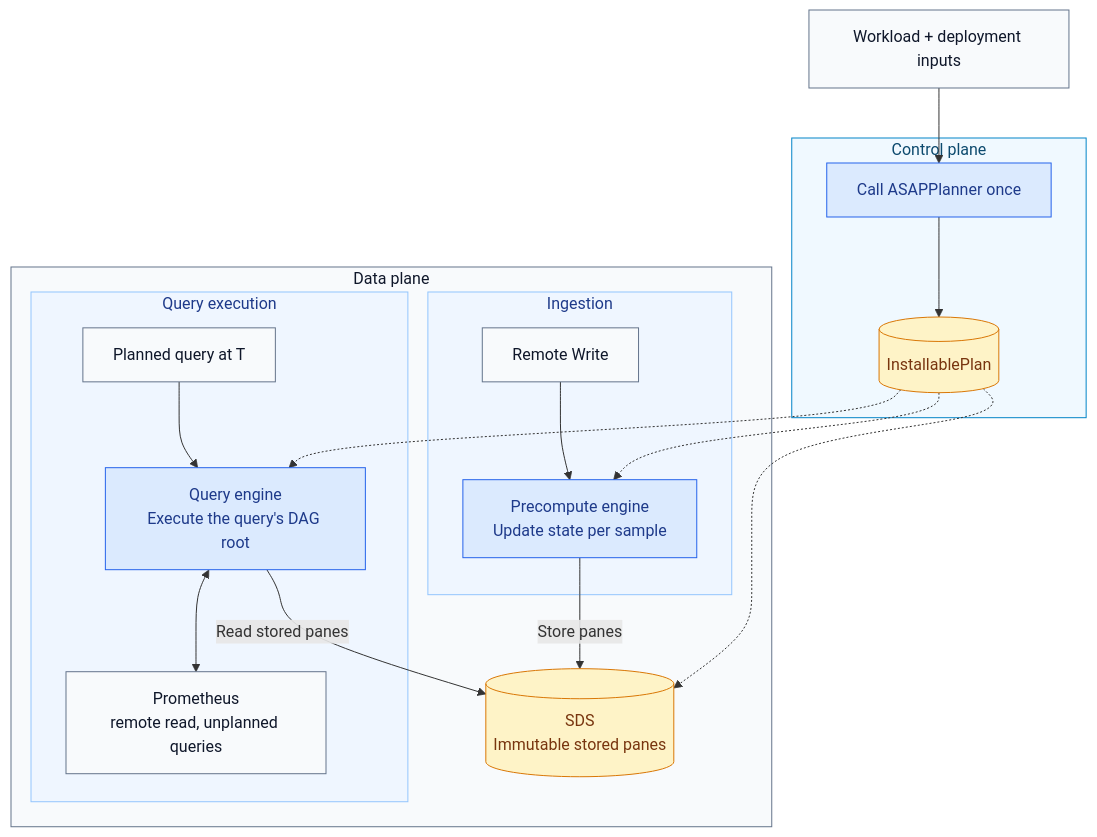
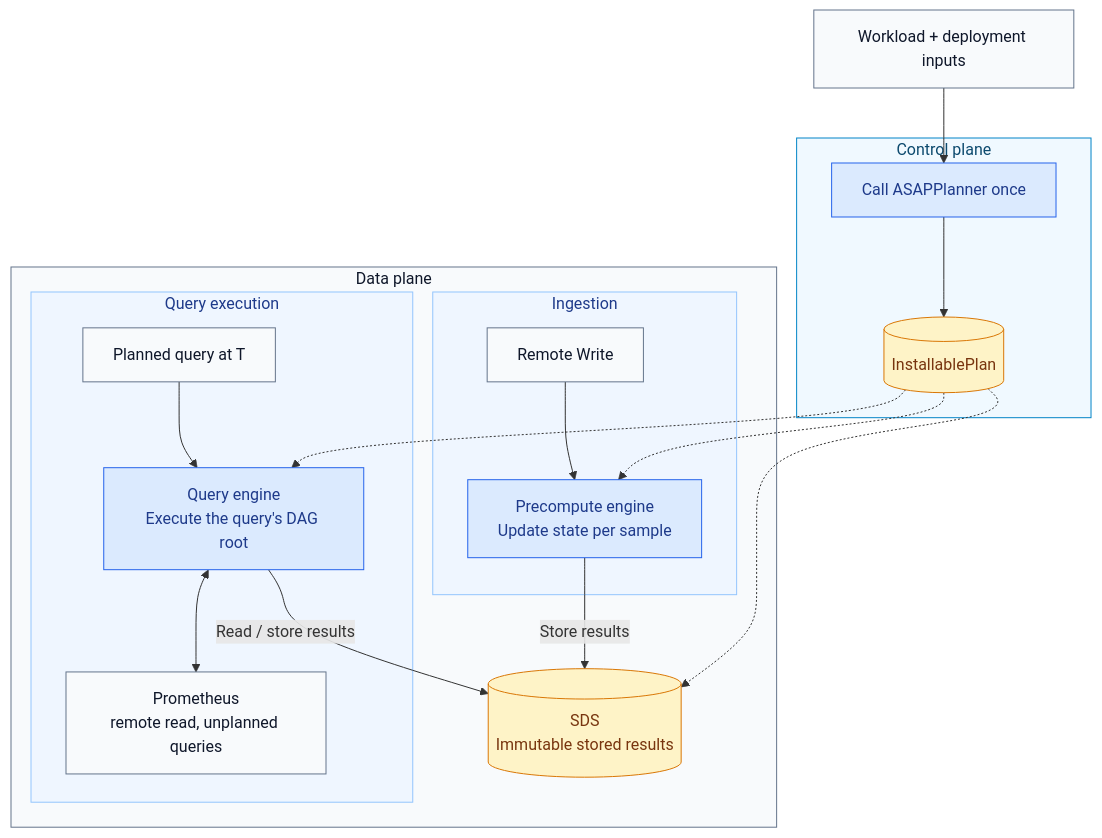
The diagram in docs/design/backend-on-planner-physical-dag.md (ProjectASAP/ASAPQuery-backend), drawn with Mermaid before and after one commit. The commit also changed other lines of this file, not shown here.

Commit message:
docs: describe SDS results beyond time panes

````diff
--- a/docs/design/backend-on-planner-physical-dag.md
+++ b/docs/design/backend-on-planner-physical-dag.md
@@ -11,33 +11,33 @@
 ```mermaid
 flowchart TB
   W[Workload + deployment inputs] --> PL
   subgraph CP[Control plane]
     PL[Call ASAPPlanner once] --> P[(InstallablePlan)]
   end
   subgraph DP[Data plane]
     subgraph ING[Ingestion]
       RW[Remote Write] --> PE[Precompute engine<br/>Update state per sample]
     end
     subgraph QUERY[Query execution]
       Q[Planned query at T] --> QE[Query engine<br/>Execute the query's DAG root]
       QE <--> PROM[Prometheus<br/>remote read, unplanned queries]
     end
-    PE -->|Store panes| SDS[(SDS<br/>Immutable stored panes)]
-    QE -->|Read stored panes| SDS
+    PE -->|Store results| SDS[(SDS<br/>Immutable stored results)]
+    QE -->|Read / store results| SDS
   end
 
   P -.-> PE
   P -.-> QE
   P -.-> SDS
 
   classDef input fill:#f8fafc,stroke:#64748b,color:#0f172a
   classDef engine fill:#dbeafe,stroke:#2563eb,color:#1e3a8a
   classDef storage fill:#fef3c7,stroke:#d97706,color:#78350f
   class W,RW,Q,PROM input
   class PL,PE,QE engine
   class P,SDS storage
   style CP fill:#f0f9ff,stroke:#0284c7,color:#0c4a6e
   style DP fill:#f8fafc,stroke:#64748b,color:#0f172a
   style ING fill:#eff6ff,stroke:#93c5fd,color:#1e3a8a
   style QUERY fill:#eff6ff,stroke:#93c5fd,color:#1e3a8a
 ```
````
